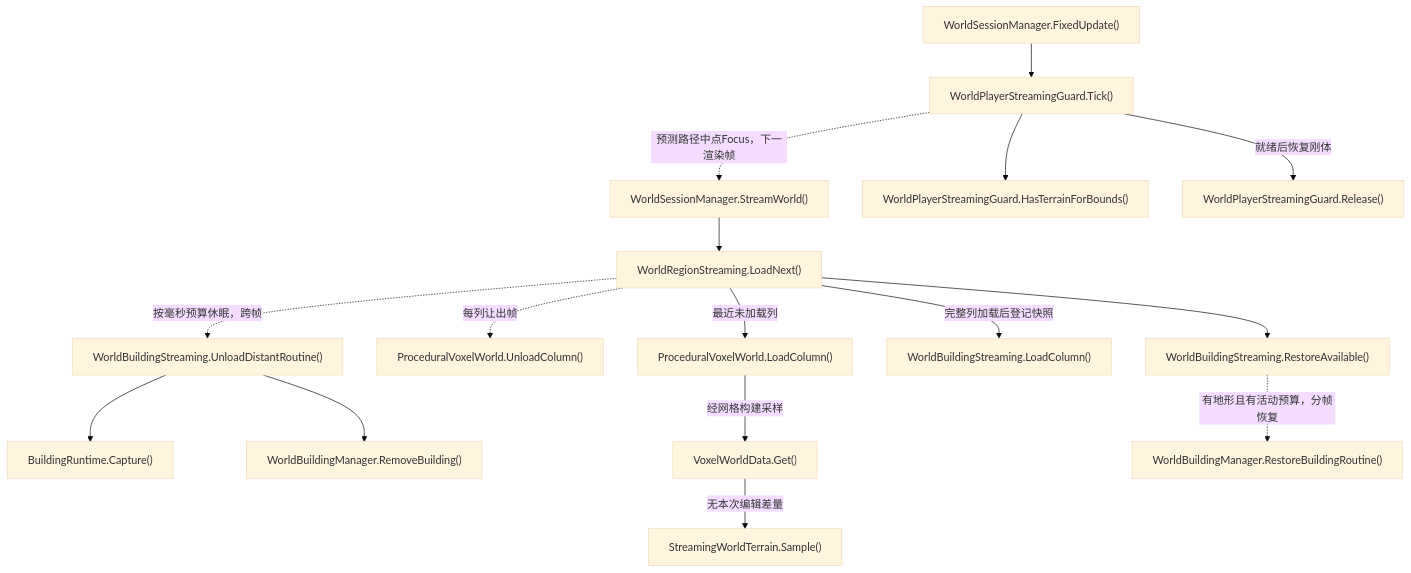
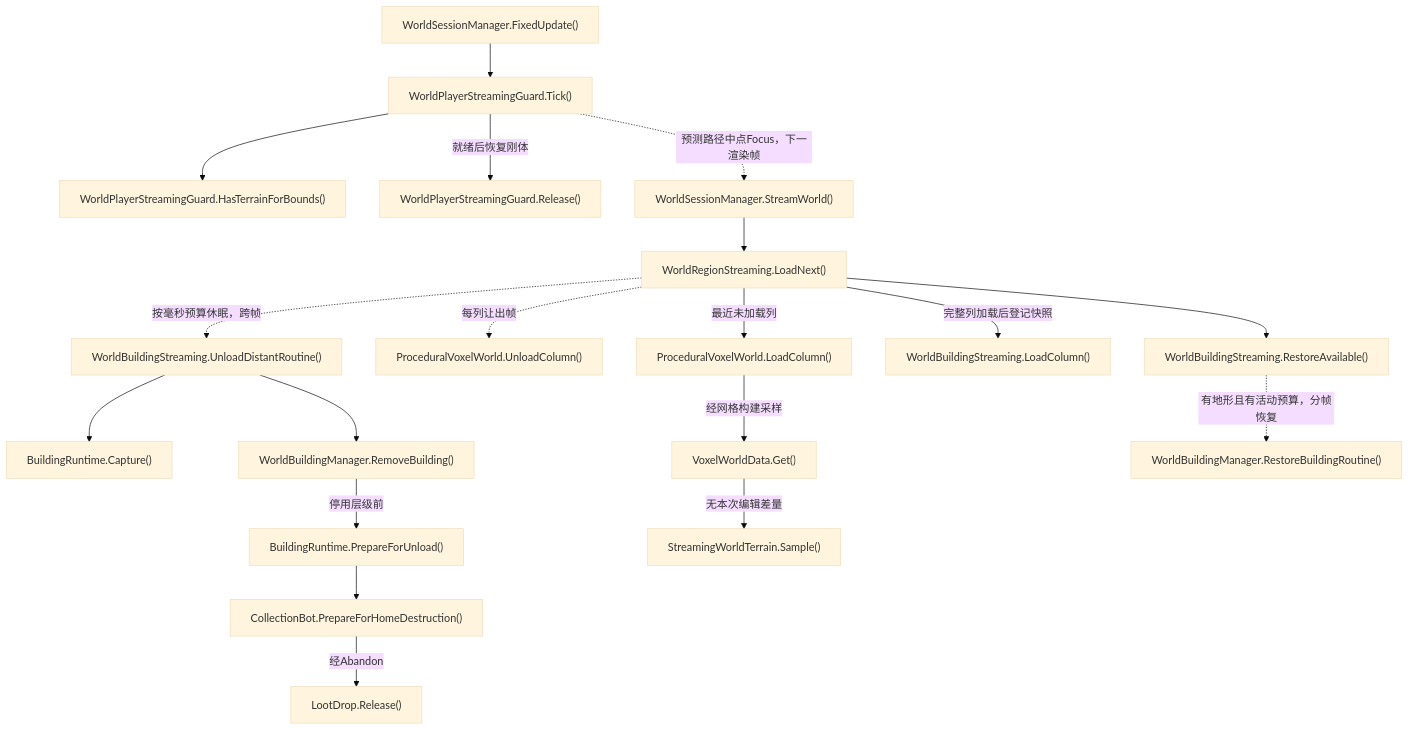
Diagram 15 of 23 in Docs/RuntimeFlow.md (kukudia/HY-Sandbox), drawn with Mermaid (base theme) before and after one commit. The commit also changed other lines of this file and 13 other files, not shown here.

First line of the commit message:
fix: release carried building loot before streaming deactivation

````diff
--- a/Docs/RuntimeFlow.md
+++ b/Docs/RuntimeFlow.md
@@ -1414,50 +1436,59 @@
 ```mermaid
 flowchart TD
     A["WorldSessionManager.StreamWorld()"]
-    click A "../Assets/Scripts/Features/World/WorldSessionManager.cs#L336" "打开源码"
+    click A "../Assets/Scripts/Features/World/WorldSessionManager.cs#L337" "打开源码"
     B["WorldRegionStreaming.LoadNext()"]
     click B "../Assets/Scripts/Features/World/WorldRegionStreaming.cs#L32" "打开源码"
     C["WorldBuildingStreaming.UnloadDistantRoutine()"]
     click C "../Assets/Scripts/Features/World/WorldBuildingStreaming.cs#L107" "打开源码"
     D["BuildingRuntime.Capture()"]
-    click D "../Assets/Scripts/Features/World/BuildingRuntime.cs#L134" "打开源码"
+    click D "../Assets/Scripts/Features/World/BuildingRuntime.cs#L143" "打开源码"
     E["WorldBuildingManager.RemoveBuilding()"]
     click E "../Assets/Scripts/Features/World/WorldBuildingManager.cs#L211" "打开源码"
     F["ProceduralVoxelWorld.UnloadColumn()"]
     click F "../Assets/Scripts/Features/World/ProceduralVoxelWorld.cs#L312" "打开源码"
     G["ProceduralVoxelWorld.LoadColumn()"]
     click G "../Assets/Scripts/Features/World/ProceduralVoxelWorld.cs#L231" "打开源码"
     H["VoxelWorldData.Get()"]
     click H "../Assets/Scripts/Features/World/VoxelWorldData.cs#L32" "打开源码"
     I["StreamingWorldTerrain.Sample()"]
     click I "../Assets/Scripts/Features/World/StreamingWorldTerrain.cs#L46" "打开源码"
     J["WorldBuildingStreaming.LoadColumn()"]
     click J "../Assets/Scripts/Features/World/WorldBuildingStreaming.cs#L34" "打开源码"
     K["WorldBuildingStreaming.RestoreAvailable()"]
     click K "../Assets/Scripts/Features/World/WorldBuildingStreaming.cs#L62" "打开源码"
     L["WorldBuildingManager.RestoreBuildingRoutine()"]
     click L "../Assets/Scripts/Features/World/WorldBuildingManager.cs#L145" "打开源码"
     M["WorldSessionManager.FixedUpdate()"]
-    click M "../Assets/Scripts/Features/World/WorldSessionManager.cs#L384" "打开源码"
+    click M "../Assets/Scripts/Features/World/WorldSessionManager.cs#L385" "打开源码"
     N["WorldPlayerStreamingGuard.Tick()"]
     click N "../Assets/Scripts/Features/World/WorldPlayerStreamingGuard.cs#L31" "打开源码"
     O["WorldPlayerStreamingGuard.HasTerrainForBounds()"]
     click O "../Assets/Scripts/Features/World/WorldPlayerStreamingGuard.cs#L99" "打开源码"
     P["WorldPlayerStreamingGuard.Release()"]
     click P "../Assets/Scripts/Features/World/WorldPlayerStreamingGuard.cs#L158" "打开源码"
+    Q["BuildingRuntime.PrepareForUnload()"]
+    click Q "../Assets/Scripts/Features/World/BuildingRuntime.cs#L135" "打开源码"
+    R["CollectionBot.PrepareForHomeDestruction()"]
+    click R "../Assets/Scripts/Features/Bots/CollectionBot.cs#L164" "打开源码"
+    S["LootDrop.Release()"]
+    click S "../Assets/Scripts/Features/Salvage/LootDrop.cs#L214" "打开源码"
     A --> B
     B -.->|按毫秒预算休眠，跨帧| C
     C --> D
     C --> E
     B -.->|每列让出帧| F
+    E -->|停用层级前| Q
+    Q --> R
+    R -->|经Abandon| S
     B -->|最近未加载列| G
     G -->|经网格构建采样| H
     H -->|无本次编辑差量| I
     B -->|完整列加载后登记快照| J
     B --> K
     K -.->|有地形且有活动预算，分帧恢复| L
     M --> N
     N --> O
     N -->|就绪后恢复刚体| P
     N -.->|预测路径中点Focus，下一渲染帧| A
 ```
````
